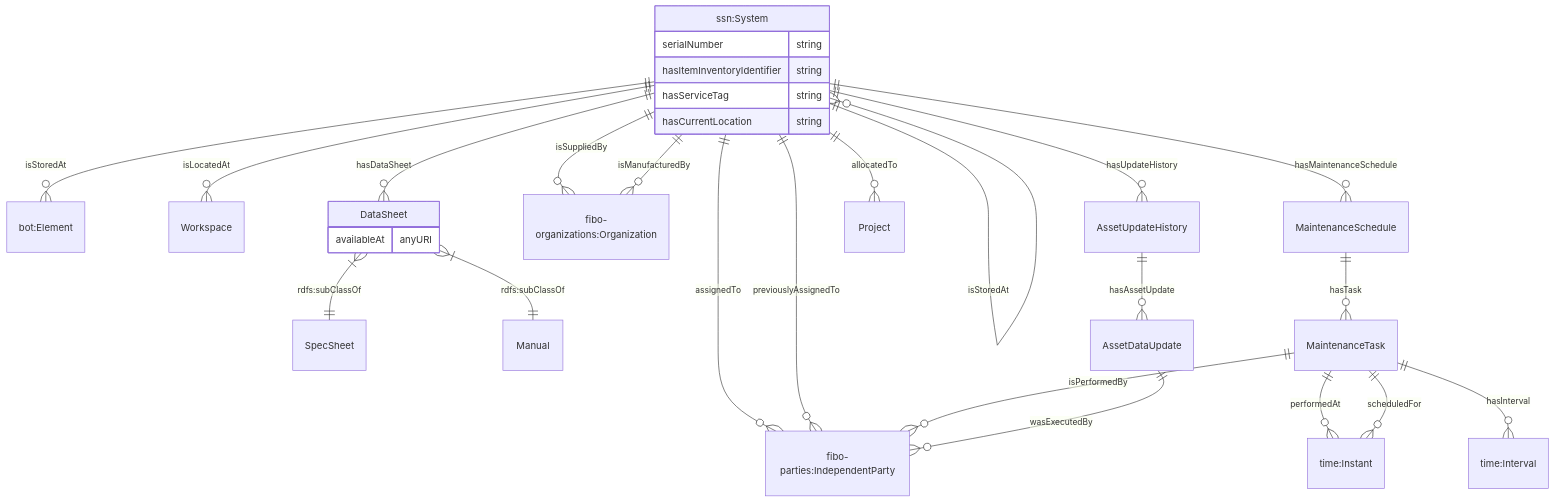
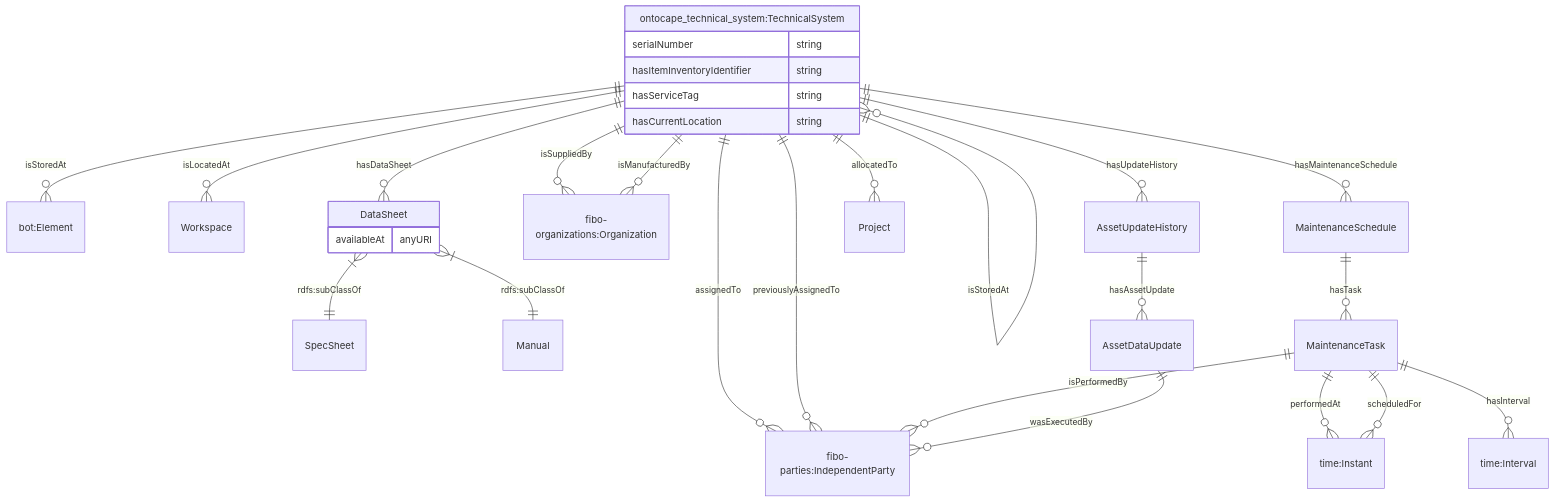
One commit to cambridge-cares/TheWorldAvatar changed the eighth of 10 diagrams in JPS_Ontology/ontology/ontoassetmanagement/README.MD. Above: the diagram before and after it, drawn with Mermaid. The commit also changed other lines of this file and 2 other files, not shown here.

Commit message:
1661-dev-modify-ontodevice-and-ontoassetmanagement-and-create-ontosystem: swap ssn:System with ontocape:TechnicalSystem in ontoassetmanagement

````diff
--- a/JPS_Ontology/ontology/ontoassetmanagement/README.MD
+++ b/JPS_Ontology/ontology/ontoassetmanagement/README.MD
@@ -193,32 +193,32 @@
 ```mermaid
     erDiagram
-    "ssn:System" ||--o{ "bot:Element" : isStoredAt
-    "ssn:System" ||--o{ "ssn:System" : isStoredAt
-    "ssn:System" ||--o{ "fibo-parties:IndependentParty" : assignedTo
-    "ssn:System" ||--o{ "fibo-parties:IndependentParty" : previouslyAssignedTo
-    "ssn:System" ||--o{ "Workspace" : isLocatedAt
-    "ssn:System" ||--o{ "MaintenanceSchedule" : hasMaintenanceSchedule
-    "ssn:System" ||--o{ "fibo-organizations:Organization" : isSuppliedBy
-    "ssn:System" ||--o{ "fibo-organizations:Organization" : isManufacturedBy
-    "ssn:System" ||--o{ "DataSheet" : hasDataSheet
+    "ontocape_technical_system:TechnicalSystem" ||--o{ "bot:Element" : isStoredAt
+    "ontocape_technical_system:TechnicalSystem" ||--o{ "ontocape_technical_system:TechnicalSystem" : isStoredAt
+    "ontocape_technical_system:TechnicalSystem" ||--o{ "fibo-parties:IndependentParty" : assignedTo
+    "ontocape_technical_system:TechnicalSystem" ||--o{ "fibo-parties:IndependentParty" : previouslyAssignedTo
+    "ontocape_technical_system:TechnicalSystem" ||--o{ "Workspace" : isLocatedAt
+    "ontocape_technical_system:TechnicalSystem" ||--o{ "MaintenanceSchedule" : hasMaintenanceSchedule
+    "ontocape_technical_system:TechnicalSystem" ||--o{ "fibo-organizations:Organization" : isSuppliedBy
+    "ontocape_technical_system:TechnicalSystem" ||--o{ "fibo-organizations:Organization" : isManufacturedBy
+    "ontocape_technical_system:TechnicalSystem" ||--o{ "DataSheet" : hasDataSheet
     "DataSheet" }|--|| "SpecSheet" : "rdfs:subClassOf"
     "DataSheet" }|--|| "Manual" : "rdfs:subClassOf"
     "DataSheet" {
         availableAt anyURI
     }
     "MaintenanceSchedule" ||--o{ "MaintenanceTask" : hasTask
     "MaintenanceTask" ||--o{ "time:Instant" : performedAt
     "MaintenanceTask" ||--o{ "time:Instant" : scheduledFor
     "MaintenanceTask" ||--o{ "fibo-parties:IndependentParty" : isPerformedBy
     "MaintenanceTask" ||--o{ "time:Interval" : hasInterval
-    "ssn:System" ||--o{ "AssetUpdateHistory" : hasUpdateHistory
+    "ontocape_technical_system:TechnicalSystem" ||--o{ "AssetUpdateHistory" : hasUpdateHistory
     "AssetUpdateHistory" ||--o{ "AssetDataUpdate" : hasAssetUpdate
     "AssetDataUpdate" ||--o{ "fibo-parties:IndependentParty" : wasExecutedBy
-    "ssn:System" ||--o{ "Project" : allocatedTo
-    "ssn:System" {
+    "ontocape_technical_system:TechnicalSystem" ||--o{ "Project" : allocatedTo
+    "ontocape_technical_system:TechnicalSystem" {
         serialNumber string
         hasItemInventoryIdentifier string
         hasServiceTag string
         hasCurrentLocation string
     }
 ```
````
